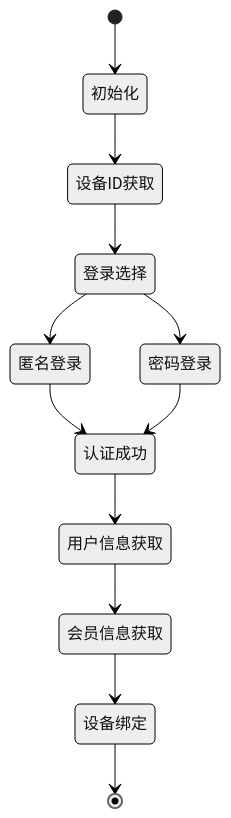
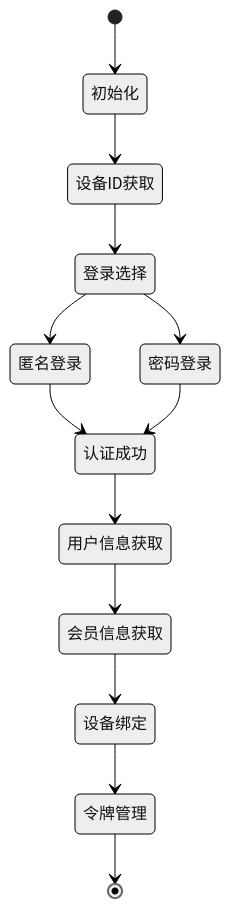
The fifth of 6 diagrams in .qoder/repowiki/zh/content/API参考/认证API.md (LRF0422/Kotion), drawn with Mermaid (neutral theme) before and after one commit. The commit also changed other lines of this file and 13 other files, not shown here.

````diff
--- a/.qoder/repowiki/zh/content/API参考/认证API.md
+++ b/.qoder/repowiki/zh/content/API参考/认证API.md
@@ -221,14 +356,15 @@
 ```mermaid
 stateDiagram-v2
 [*] --> 初始化
 初始化 --> 设备ID获取
 设备ID获取 --> 登录选择
 登录选择 --> 匿名登录
 登录选择 --> 密码登录
 匿名登录 --> 认证成功
 密码登录 --> 认证成功
 认证成功 --> 用户信息获取
 用户信息获取 --> 会员信息获取
 会员信息获取 --> 设备绑定
-设备绑定 --> [*]
+设备绑定 --> 令牌管理
+令牌管理 --> [*]
 ```
````
